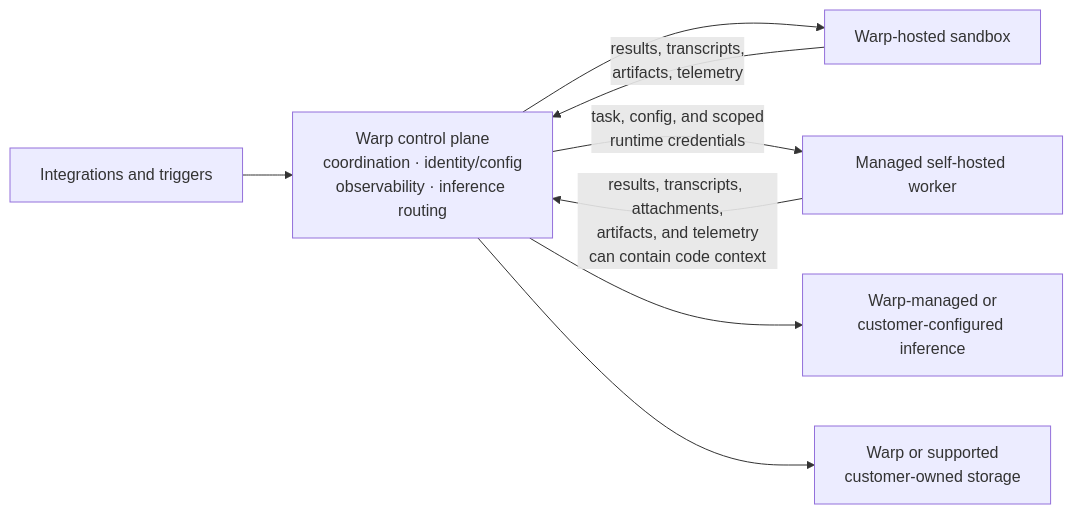
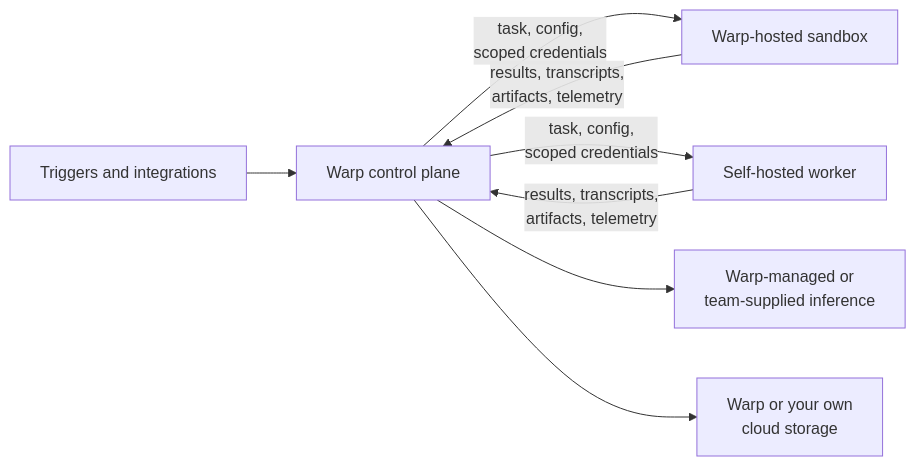
One commit to warpdotdev/docs changed the diagram in src/content/docs/factories/infrastructure-and-security.mdx. Above: the diagram before and after it, drawn with Mermaid. The commit also changed other lines of this file and 2 other files, not shown here.

````diff
--- a/src/content/docs/factories/infrastructure-and-security.mdx
+++ b/src/content/docs/factories/infrastructure-and-security.mdx
@@ -17,10 +23,10 @@
 ```mermaid
 flowchart LR
-  I["Integrations and triggers"] --> C["Warp control plane<br/>coordination · identity/config<br/>observability · inference routing"]
-  C --> H["Warp-hosted sandbox"]
-  C -->|"task, config, and scoped<br/>runtime credentials"| S["Managed self-hosted worker"]
+  T["Triggers and integrations"] --> C["Warp control plane"]
+  C -->|"task, config,<br/>scoped credentials"| H["Warp-hosted sandbox"]
+  C -->|"task, config,<br/>scoped credentials"| S["Self-hosted worker"]
   H -->|"results, transcripts,<br/>artifacts, telemetry"| C
-  S -->|"results, transcripts, attachments,<br/>artifacts, and telemetry<br/>can contain code context"| C
-  C --> P["Warp-managed or<br/>customer-configured inference"]
-  C --> D["Warp or supported<br/>customer-owned storage"]
+  S -->|"results, transcripts,<br/>artifacts, telemetry"| C
+  C --> P["Warp-managed or<br/>team-supplied inference"]
+  C --> D["Warp or your own<br/>cloud storage"]
 ```
````
